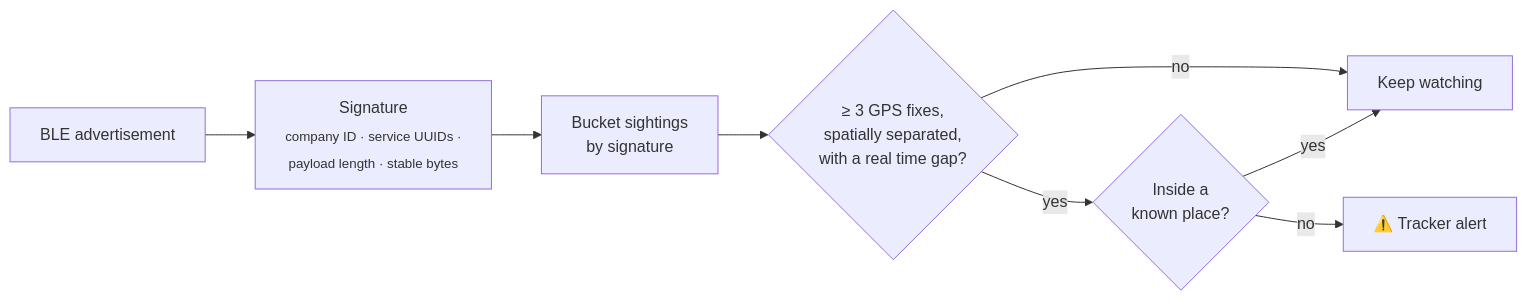
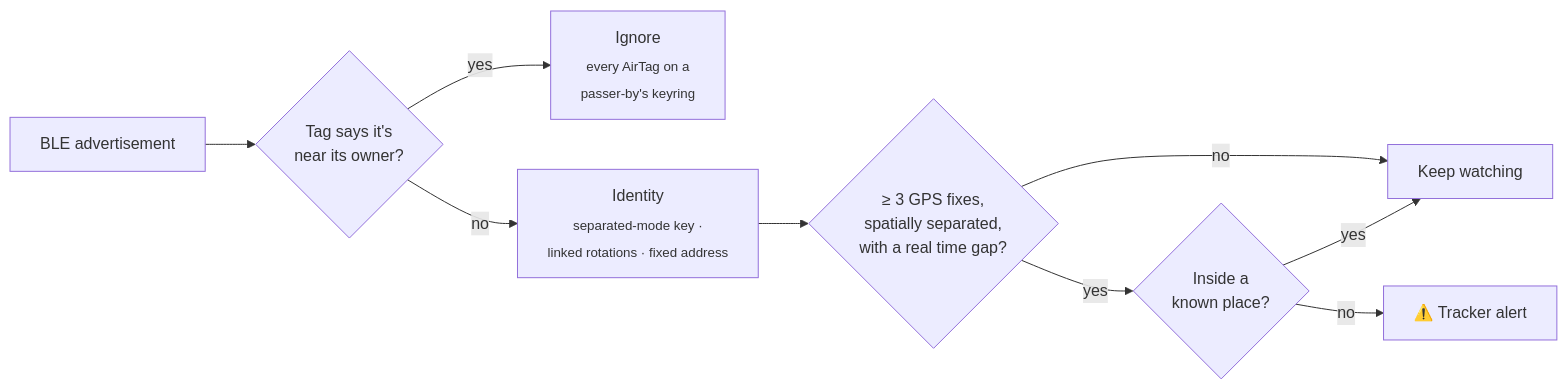
Before and after one commit to aubergine-ux/ambit: the diagram in README.md, drawn with Mermaid. The commit also changed other lines of this file, not shown here.

Commit message:
docs: explain owner state and per-family identity

````diff
--- a/README.md
+++ b/README.md
@@ -112,10 +114,11 @@
 ```mermaid
 flowchart LR
-    A[BLE advertisement] --> B["Signature<br/><sub>company ID · service UUIDs ·<br/>payload length · stable bytes</sub>"]
-    B --> C[Bucket sightings<br/>by signature]
+    A[BLE advertisement] --> B{"Tag says it's<br/>near its owner?"}
+    B -- yes --> X[Ignore<br/><sub>every AirTag on a<br/>passer-by's keyring</sub>]
+    B -- no --> C["Identity<br/><sub>separated-mode key ·<br/>linked rotations · fixed address</sub>"]
     C --> D{"≥ 3 GPS fixes,<br/>spatially separated,<br/>with a real time gap?"}
     D -- no --> E[Keep watching]
     D -- yes --> F{Inside a<br/>known place?}
     F -- yes --> E
     F -- no --> G[⚠️ Tracker alert]
 ```
````
